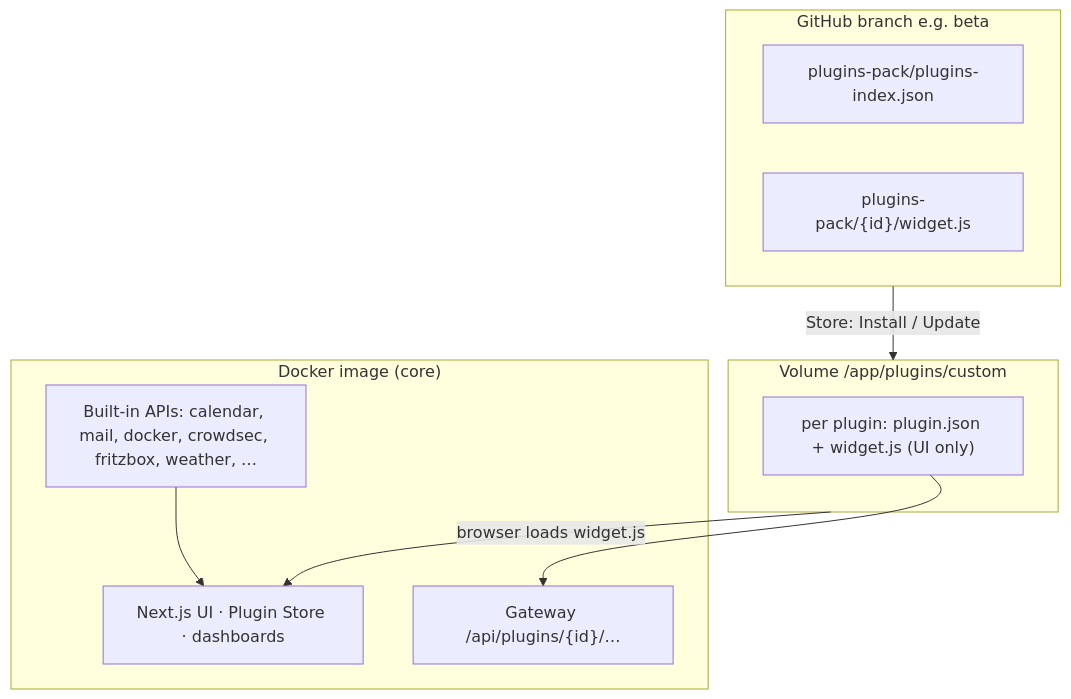
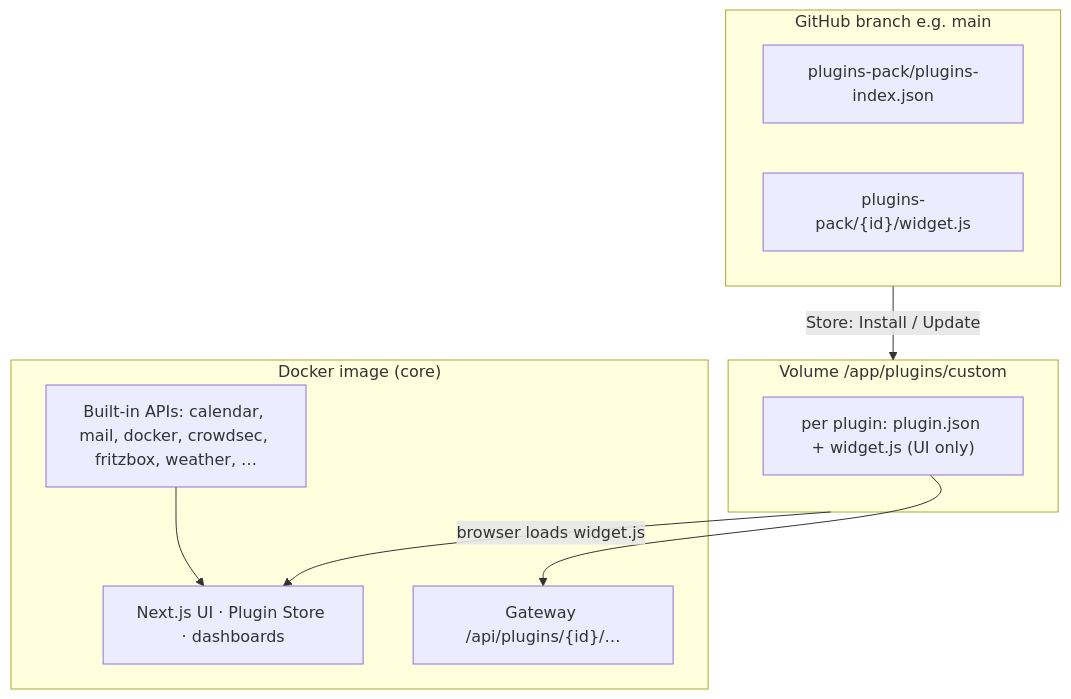
One commit to s3lfcod3r/selfdashboard changed the first of 2 diagrams in README.md. Above: the diagram before and after it, drawn with Mermaid. The commit also changed other lines of this file and 4 other files, not shown here.

````diff
--- a/README.md
+++ b/README.md
@@ -61,19 +61,19 @@
 ```mermaid
 flowchart TB
   subgraph image["Docker image (core)"]
     UI["Next.js UI · Plugin Store · dashboards"]
     CORE["Built-in APIs: calendar, mail, docker, crowdsec, fritzbox, weather, …"]
     GW["Gateway /api/plugins/{id}/…"]
   end
   subgraph vol["Volume /app/plugins/custom"]
     W["per plugin: plugin.json + widget.js (UI only)"]
   end
-  subgraph gh["GitHub branch e.g. beta"]
+  subgraph gh["GitHub branch e.g. main"]
     IDX["plugins-pack/plugins-index.json"]
     PACK["plugins-pack/{id}/widget.js"]
   end
   gh -->|"Store: Install / Update"| vol
   vol -->|"browser loads widget.js"| UI
   W --> GW
   CORE --> UI
 ```
````
